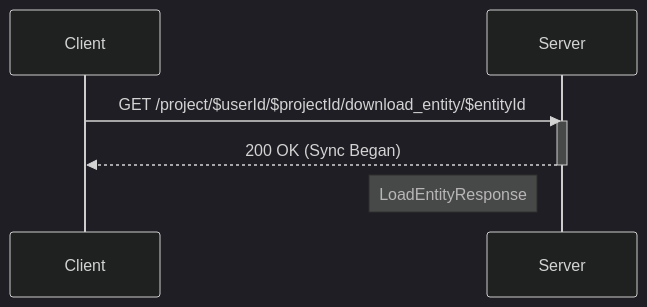
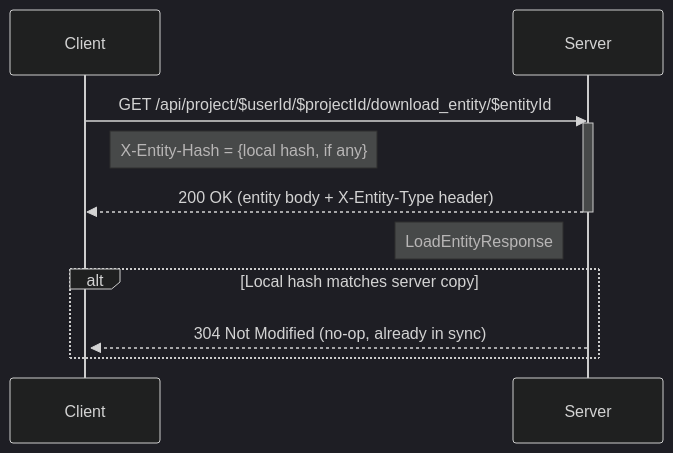
One commit to Darkrock-Studios/hammer-editor changed the fourth of 11 diagrams in docs/SYNCING-PROTOCOL.md. Above: the diagram before and after it, drawn with Mermaid (dark theme). The commit also changed other lines of this file, not shown here.

Commit message:
Correct the sync protocol doc to match the implementation

````diff
--- a/docs/SYNCING-PROTOCOL.md
+++ b/docs/SYNCING-PROTOCOL.md
@@ -264,13 +271,18 @@
 ```mermaid
 sequenceDiagram
     participant Client
     participant Server
 
-    Client->>Server: GET /project/$userId/$projectId/download_entity/$entityId
+    Client->>Server: GET /api/project/$userId/$projectId/download_entity/$entityId
 	activate Server
+	Note right of Client: X-Entity-Hash = {local hash, if any}
 
-	Server -->> Client: 200 OK (Sync Began)
+	Server -->> Client: 200 OK (entity body + X-Entity-Type header)
 	deactivate Server
 	activate Client
 	Note left of Server: LoadEntityResponse
+
+	alt Local hash matches server copy
+		Server -->> Client: 304 Not Modified (no-op, already in sync)
+	end
 ```
````
